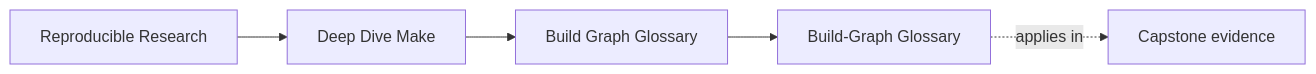
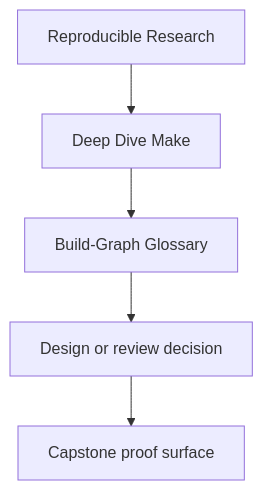
One commit to bijux/bijux-masterclass changed the first of 2 diagrams in programs/reproducible-research/deep-dive-make/course-book/reference/build-graph-glossary.md. Above: the diagram before and after it, drawn with Mermaid. The commit also changed other lines of this file and 29 other files, not shown here.

Commit message:
docs(deep-dive-make): sharpen guide and reference diagrams

````diff
--- a/programs/reproducible-research/deep-dive-make/course-book/reference/build-graph-glossary.md
+++ b/programs/reproducible-research/deep-dive-make/course-book/reference/build-graph-glossary.md
@@ -9,11 +9,7 @@
 ```mermaid
-graph LR
-  family["Reproducible Research"]
-  program["Deep Dive Make"]
-  section["Build Graph Glossary"]
-  page["Build-Graph Glossary"]
-  capstone["Capstone evidence"]
-
-  family --> program --> section --> page
-  page -.applies in.-> capstone
+flowchart TD
+  family["Reproducible Research"] --> program["Deep Dive Make"]
+  program --> reference["Build-Graph Glossary"]
+  reference --> review["Design or review decision"]
+  review --> capstone["Capstone proof surface"]
 ```
````
